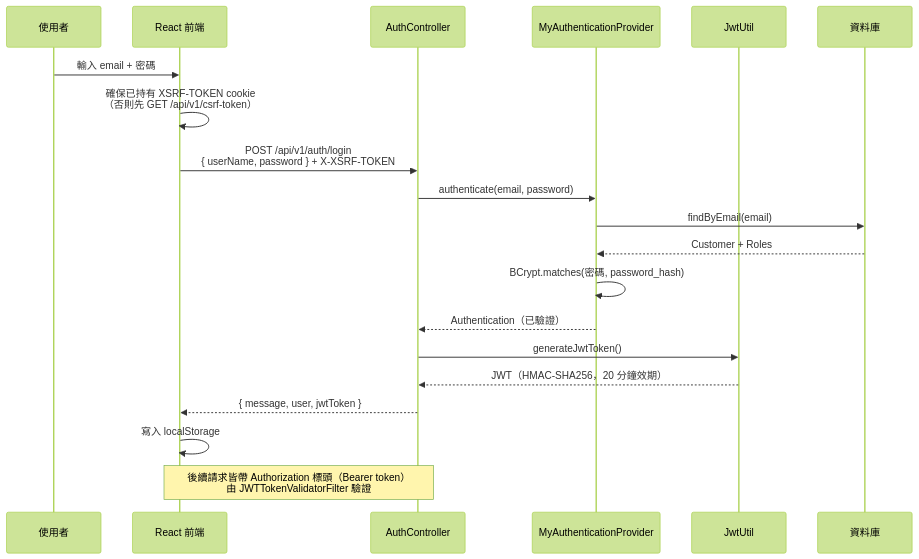
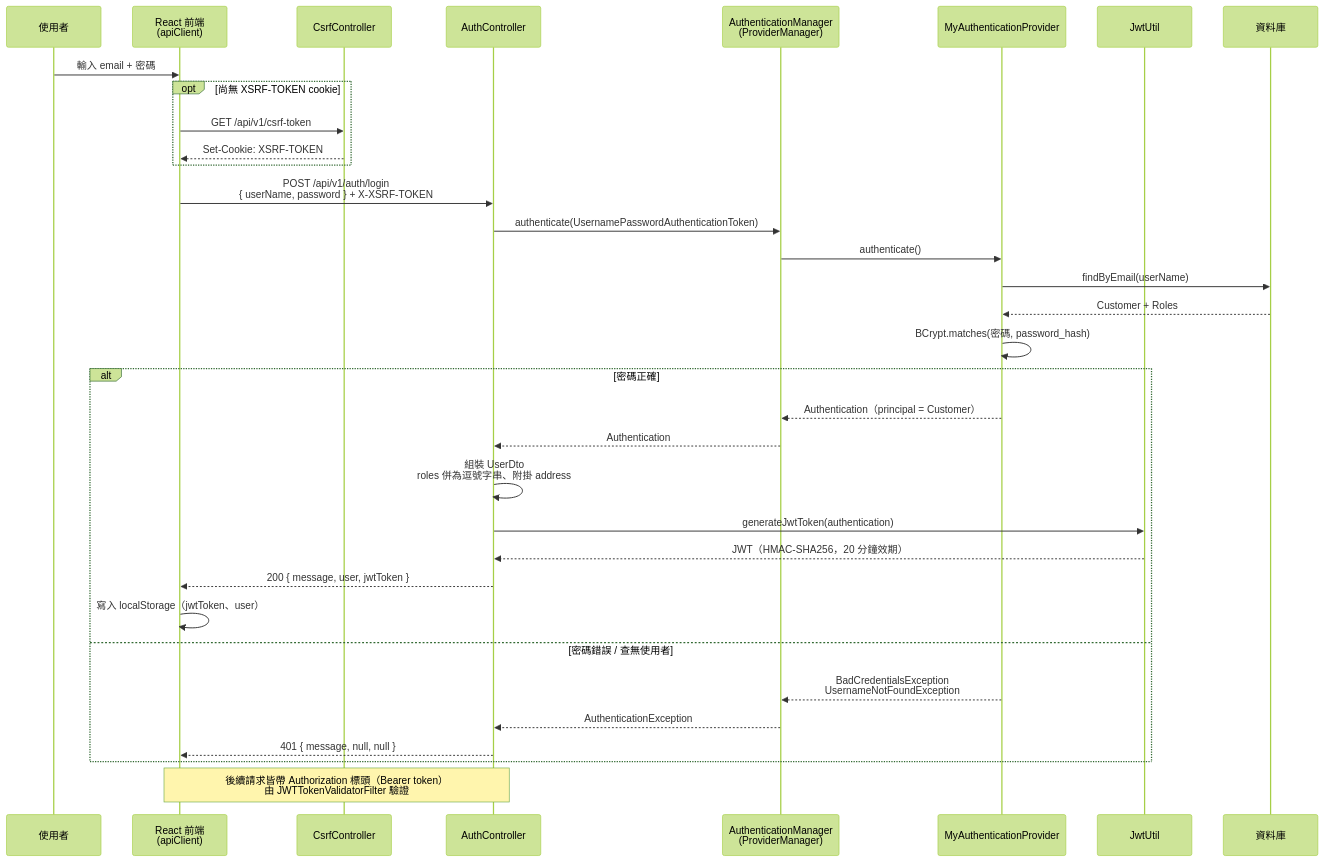
The second of 5 diagrams in README.md (tonysk0210/react-springboot-webapp), drawn with Mermaid (forest theme) before and after one commit. The commit also changed 1 other file, not shown here.

````diff
--- a/README.md
+++ b/README.md
@@ -78,23 +78,38 @@
 ```mermaid
 sequenceDiagram
     participant U as 使用者
-    participant F as React 前端
+    participant F as React 前端<br/>(apiClient)
+    participant C as CsrfController
     participant A as AuthController
+    participant M as AuthenticationManager<br/>(ProviderManager)
     participant P as MyAuthenticationProvider
     participant J as JwtUtil
     participant DB as 資料庫
 
     U->>F: 輸入 email + 密碼
-    F->>F: 確保已持有 XSRF-TOKEN cookie<br/>（否則先 GET /api/v1/csrf-token）
+    opt 尚無 XSRF-TOKEN cookie
+        F->>C: GET /api/v1/csrf-token
+        C-->>F: Set-Cookie: XSRF-TOKEN
+    end
     F->>A: POST /api/v1/auth/login<br/>{ userName, password } + X-XSRF-TOKEN
-    A->>P: authenticate(email, password)
-    P->>DB: findByEmail(email)
+    A->>M: authenticate(UsernamePasswordAuthenticationToken)
+    M->>P: authenticate()
+    P->>DB: findByEmail(userName)
     DB-->>P: Customer + Roles
     P->>P: BCrypt.matches(密碼, password_hash)
-    P-->>A: Authentication（已驗證）
-    A->>J: generateJwtToken()
-    J-->>A: JWT（HMAC-SHA256，20 分鐘效期）
-    A-->>F: { message, user, jwtToken }
-    F->>F: 寫入 localStorage
+    alt 密碼正確
+        P-->>M: Authentication（principal = Customer）
+        M-->>A: Authentication
+        A->>A: 組裝 UserDto<br/>roles 併為逗號字串、附掛 address
+        A->>J: generateJwtToken(authentication)
+        J-->>A: JWT（HMAC-SHA256，20 分鐘效期）
+        A-->>F: 200 { message, user, jwtToken }
+        F->>F: 寫入 localStorage（jwtToken、user）
+    else 密碼錯誤 / 查無使用者
+        P-->>M: BadCredentialsException<br/>UsernameNotFoundException
+        M-->>A: AuthenticationException
+        A-->>F: 401 { message, null, null }
+    end
+
     Note over F,A: 後續請求皆帶 Authorization 標頭（Bearer token）<br/>由 JWTTokenValidatorFilter 驗證
 ```
````
